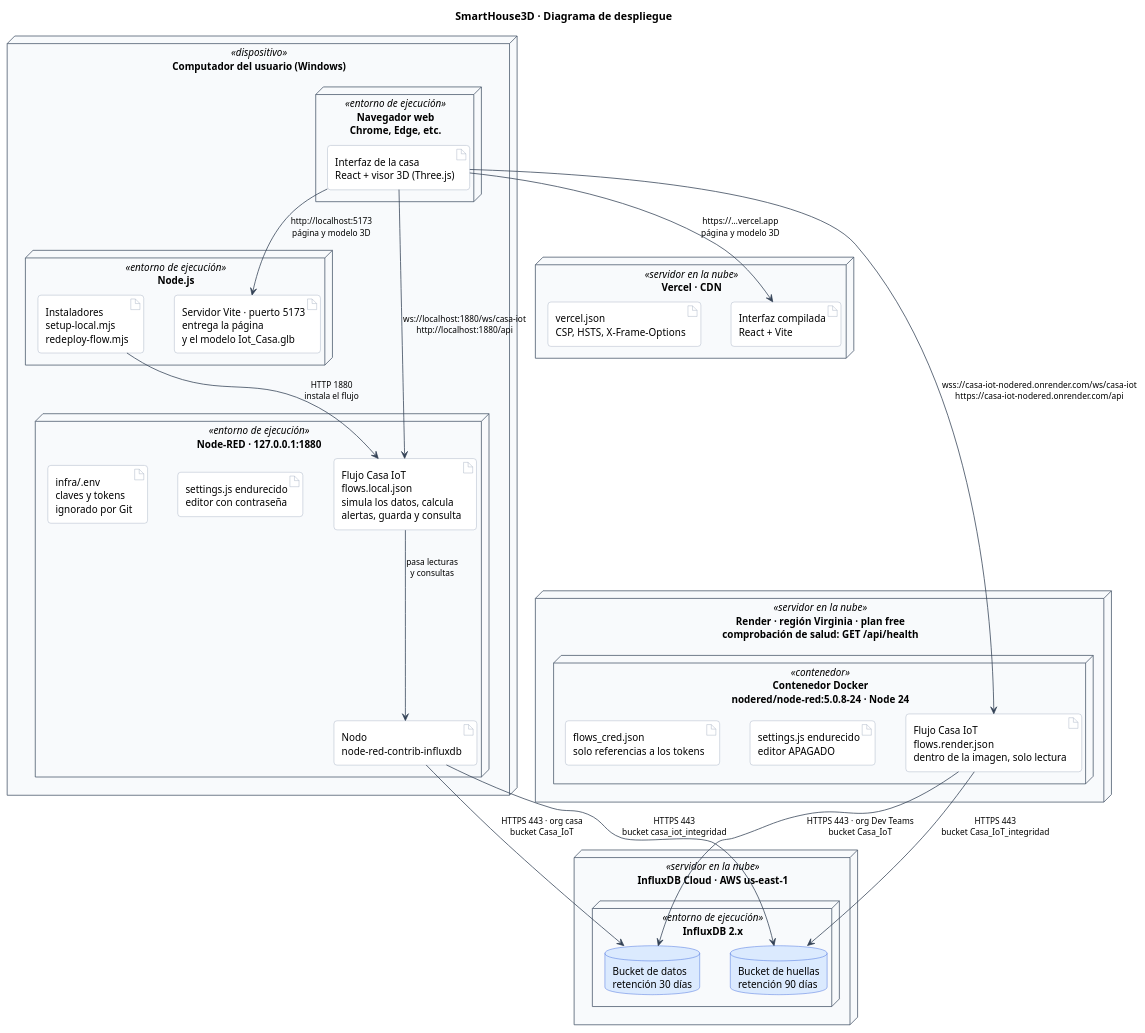
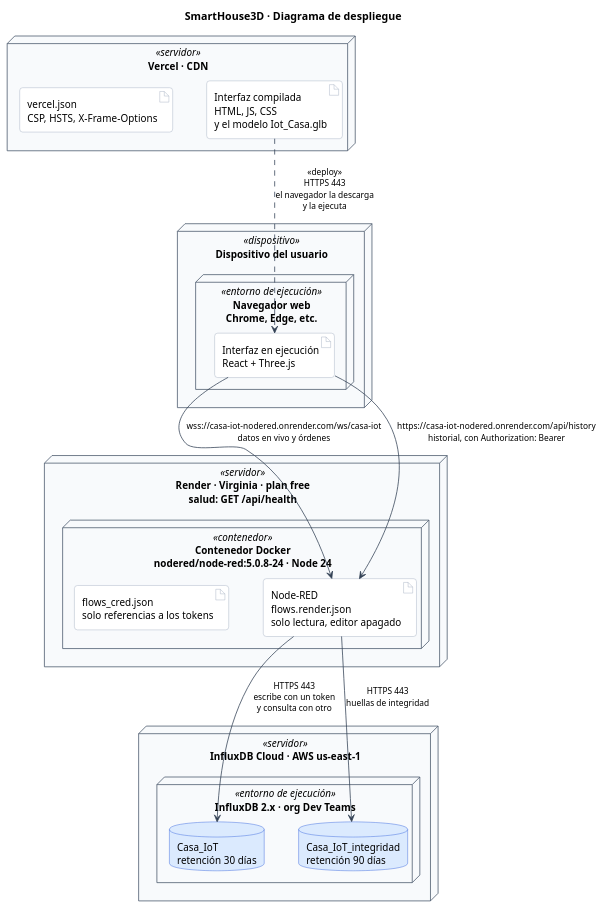
The diagram in docs/diagramas/despliegue.puml (WilderG2004/SmartHouse3D), drawn with PlantUML before and after one commit. The commit also changed 1 other file, not shown here.

Commit message:
Despliegue: solo el sistema publicado
Mezclar desarrollo y produccion en un mismo diagrama hacia aparecer dos
Node-RED, que es lo que confundia. Un diagrama de despliegue describe
UNA instalacion, asi que este describe la publicada: Vercel, el
navegador, Render e InfluxDB Cloud, uno de cada.

La interfaz se despliega en Vercel como artefacto y se ejecuta en el
navegador: la relacion entre los dos va ahora con <<deploy>>, que es
como UML expresa exactamente eso.

El entorno local (Vite y Node-RED en el PC) sale de aqui; si hace falta,
va en su propio diagrama.

```diff
--- a/docs/diagramas/despliegue.puml
+++ b/docs/diagramas/despliegue.puml
@@ -1,88 +1,65 @@
 @startuml despliegue
-' Comprobado contra el codigo:
-'   vite.config.ts            puerto 5173
-'   public/Iot_Casa.glb       modelo 3D
-'   infra/nodered/flows.local.json   Node-RED local -> InfluxDB Cloud
-'   render.yaml               servicio casa-iot-nodered, plan free, region virginia
-'   infra/nodered/Dockerfile.render  imagen nodered/node-red:5.0.8-24
-'   vercel.json               connect-src wss:// y https:// casa-iot-nodered.onrender.com
-'   build-flows.mts           WS_PATH /ws/casa-iot, API /api
-' Docker (infra/docker-compose.yml, flows.json -> http://influxdb:8086) queda fuera: es opcional.
+' Despliegue del sistema PUBLICADO. Una sola instancia de cada cosa.
+' Comprobado en:
+'   vercel.json                      CSP: wss:// y https:// casa-iot-nodered.onrender.com
+'   render.yaml                      servicio casa-iot-nodered, plan free, Virginia, /api/health
+'   infra/nodered/Dockerfile.render  imagen nodered/node-red:5.0.8-24 (Node 24)
+'   infra/nodered/flows.render.json  org Dev Teams, buckets Casa_IoT y Casa_IoT_integridad
+'   infra/nodered/tools/build-flows.mts   rutas /ws/casa-iot y /api
+'   src/config/house.config.ts       MODEL_URL = /Iot_Casa.glb
 title SmartHouse3D · Diagrama de despliegue
 
 skinparam backgroundColor White
 skinparam shadowing false
 skinparam defaultFontName Helvetica
 skinparam defaultFontSize 13
 skinparam roundcorner 8
 skinparam ArrowColor #334155
 skinparam ArrowFontSize 11
-skinparam nodesep 40
-skinparam ranksep 65
+skinparam nodesep 45
+skinparam ranksep 70
 skinparam node {
   BackgroundColor #F8FAFC
   BorderColor #475569
 }
 skinparam artifact {
   BackgroundColor #FFFFFF
   BorderColor #94A3B8
 }
 skinparam database {
   BackgroundColor #DBEAFE
   BorderColor #1D4ED8
 }
 
-node "Computador del usuario (Windows)" <<dispositivo>> {
-
+node "Dispositivo del usuario" <<dispositivo>> {
   node "Navegador web\nChrome, Edge, etc." <<entorno de ejecución>> {
-    artifact "Interfaz de la casa\nReact + visor 3D (Three.js)" as ui
-  }
-
-  node "Node.js" <<entorno de ejecución>> {
-    artifact "Servidor Vite · puerto 5173\nentrega la página\ny el modelo Iot_Casa.glb" as vite
-    artifact "Instaladores\nsetup-local.mjs\nredeploy-flow.mjs" as inst
-  }
-
-  node "Node-RED · 127.0.0.1:1880" <<entorno de ejecución>> {
-    artifact "Flujo Casa IoT\nflows.local.json\nsimula los datos, calcula\nalertas, guarda y consulta" as flujoLocal
-    artifact "settings.js endurecido\neditor con contraseña" as settingsLocal
-    artifact "infra/.env\nclaves y tokens\nignorado por Git" as envLocal
-    artifact "Nodo\nnode-red-contrib-influxdb" as nodoInflux
+    artifact "Interfaz en ejecución\nReact + Three.js" as ui
   }
 }
 
-node "Vercel · CDN" <<servidor en la nube>> {
-  artifact "Interfaz compilada\nReact + Vite" as vercelUi
-  artifact "vercel.json\nCSP, HSTS, X-Frame-Options" as vercelCsp
+node "Vercel · CDN" <<servidor>> {
+  artifact "Interfaz compilada\nHTML, JS, CSS\ny el modelo Iot_Casa.glb" as dist
+  artifact "vercel.json\nCSP, HSTS, X-Frame-Options" as csp
 }
 
-node "Render · región Virginia · plan free\ncomprobación de salud: GET /api/health" <<servidor en la nube>> {
+node "Render · Virginia · plan free\nsalud: GET /api/health" <<servidor>> {
   node "Contenedor Docker\nnodered/node-red:5.0.8-24 · Node 24" <<contenedor>> {
-    artifact "Flujo Casa IoT\nflows.render.json\ndentro de la imagen, solo lectura" as flujoProd
-    artifact "settings.js endurecido\neditor APAGADO" as settingsProd
-    artifact "flows_cred.json\nsolo referencias a los tokens" as credProd
+    artifact "Node-RED\nflows.render.json\nsolo lectura, editor apagado" as nodered
+    artifact "flows_cred.json\nsolo referencias a los tokens" as cred
   }
 }
 
-node "InfluxDB Cloud · AWS us-east-1" <<servidor en la nube>> {
-  node "InfluxDB 2.x" <<entorno de ejecución>> {
-    database "Bucket de datos\nretención 30 días" as bdatos
-    database "Bucket de huellas\nretención 90 días" as bhuellas
+node "InfluxDB Cloud · AWS us-east-1" <<servidor>> {
+  node "InfluxDB 2.x · org Dev Teams" <<entorno de ejecución>> {
+    database "Casa_IoT\nretención 30 días" as bdatos
+    database "Casa_IoT_integridad\nretención 90 días" as bhuellas
   }
 }
 
-' ── en desarrollo, todo en el mismo equipo ──
-ui --> vite : "http://localhost:5173\npágina y modelo 3D"
-ui --> flujoLocal : "ws://localhost:1880/ws/casa-iot\nhttp://localhost:1880/api"
-inst --> flujoLocal : "HTTP 1880\ninstala el flujo"
-flujoLocal --> nodoInflux : "pasa lecturas\ny consultas"
-nodoInflux --> bdatos : "HTTPS 443 · org casa\nbucket Casa_IoT"
-nodoInflux --> bhuellas : "HTTPS 443\nbucket casa_iot_integridad"
-
-' ── publicado: el mismo navegador contra la nube ──
-ui --> vercelUi : "https://…vercel.app\npágina y modelo 3D"
-ui --> flujoProd : "wss://casa-iot-nodered.onrender.com/ws/casa-iot\nhttps://casa-iot-nodered.onrender.com/api"
-flujoProd --> bdatos : "HTTPS 443 · org Dev Teams\nbucket Casa_IoT"
-flujoProd --> bhuellas : "HTTPS 443\nbucket Casa_IoT_integridad"
+dist ..> ui : "<<deploy>>\nHTTPS 443\nel navegador la descarga\ny la ejecuta"
+ui --> nodered : "wss://casa-iot-nodered.onrender.com/ws/casa-iot\ndatos en vivo y órdenes"
+ui --> nodered : "https://casa-iot-nodered.onrender.com/api/history\nhistorial, con Authorization: Bearer"
+nodered --> bdatos : "HTTPS 443\nescribe con un token\ny consulta con otro"
+nodered --> bhuellas : "HTTPS 443\nhuellas de integridad"
 
 @enduml
```
